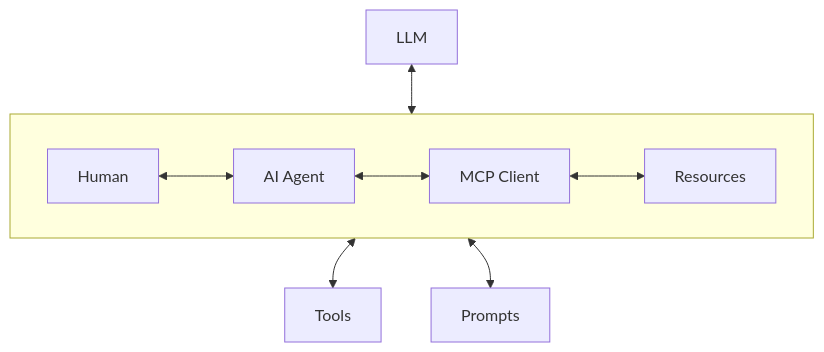
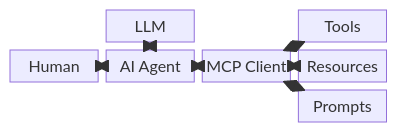
One commit to WebexCC-SA/LAB-31123 changed the diagram in docs/mermaid.md. Above: the diagram before and after it, drawn with Mermaid.

````diff
--- a/docs/mermaid.md
+++ b/docs/mermaid.md
@@ -1,14 +1,15 @@
 ```mermaid
-flowchart TB
-    L[LLM] <--> A[AI Agent]
+block-beta
+    columns 4
 
-    subgraph Main_Flow[" "]
-        direction LR
-        H[Human] <--> A
-        A <--> C[MCP Client]
-        C <--> R[Resources]
-    end
+    space L["LLM"] space T["Tools"]
+    H["Human"] A["AI Agent"] C["MCP Client"] R["Resources"]
+    space space space P["Prompts"]
 
-    C <--> T[Tools]
-    C <--> P[Prompts]
+    H <--> A
+    L <--> A
+    A <--> C
+    C <--> T
+    C <--> R
+    C <--> P
 ```
````
